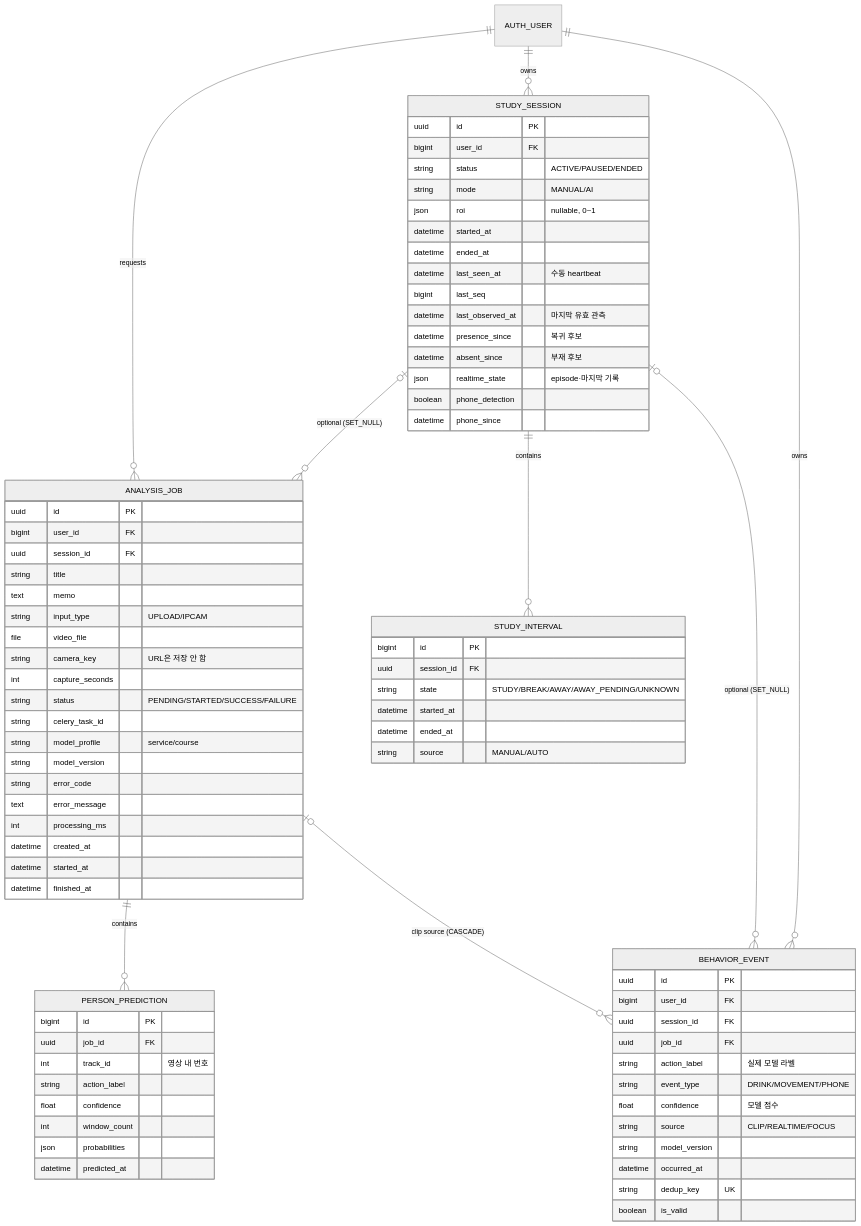
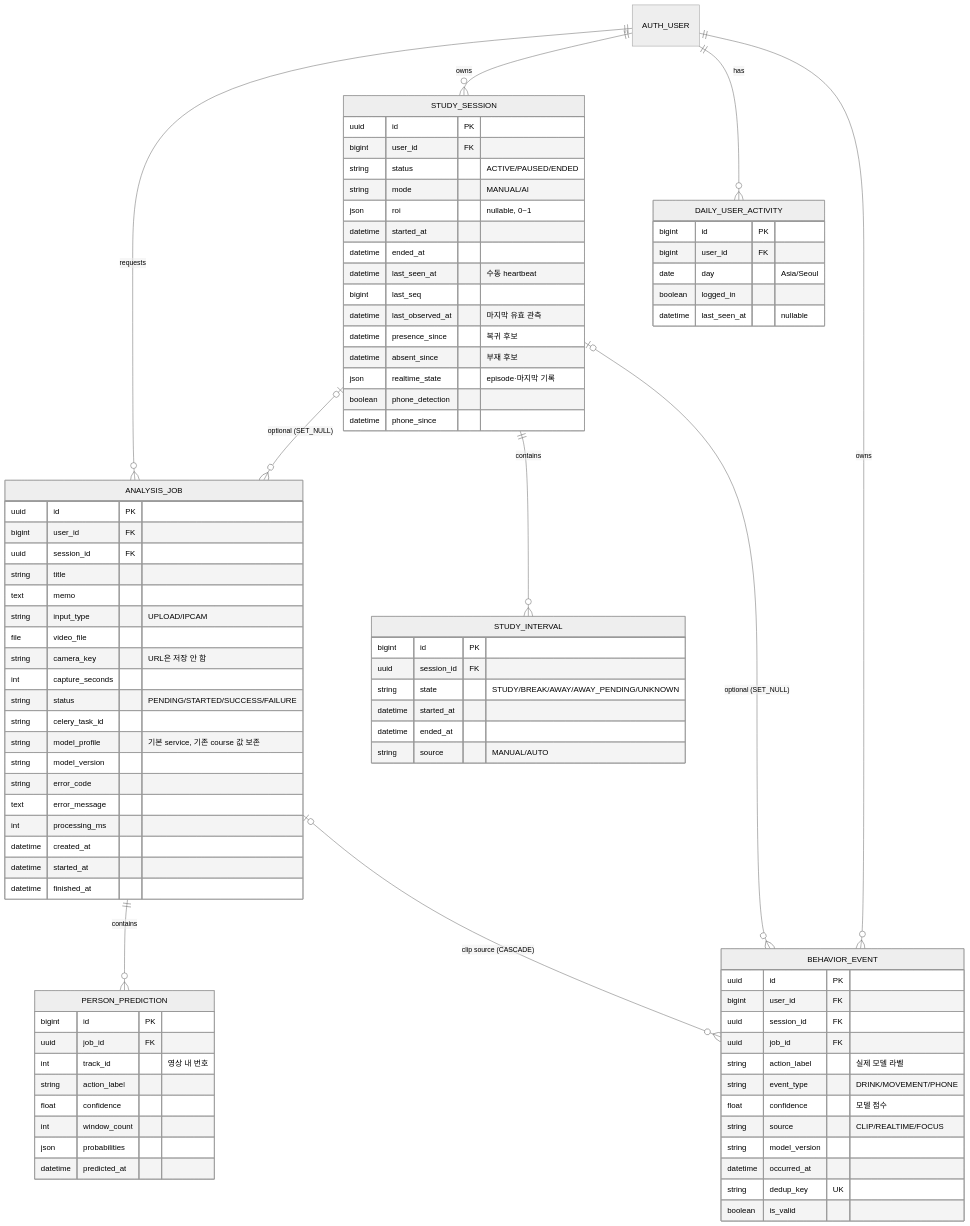
One commit to HanaPark-lab/desk-habit-coach changed the diagram in docs/ERD.md. Above: the diagram before and after it, drawn with Mermaid (neutral theme). The commit also changed other lines of this file and 21 other files, not shown here.

Commit message:
docs: update project documentation and architecture diagrams

```diff
--- a/docs/ERD.md
+++ b/docs/ERD.md
@@ -4,11 +4,19 @@
  AUTH_USER ||--o{ ANALYSIS_JOB : requests
  ANALYSIS_JOB ||--o{ PERSON_PREDICTION : contains
  AUTH_USER ||--o{ STUDY_SESSION : owns
+ AUTH_USER ||--o{ DAILY_USER_ACTIVITY : has
  STUDY_SESSION o|--o{ ANALYSIS_JOB : "optional (SET_NULL)"
  STUDY_SESSION ||--o{ STUDY_INTERVAL : contains
  AUTH_USER ||--o{ BEHAVIOR_EVENT : owns
  STUDY_SESSION o|--o{ BEHAVIOR_EVENT : "optional (SET_NULL)"
  ANALYSIS_JOB o|--o{ BEHAVIOR_EVENT : "clip source (CASCADE)"
+ DAILY_USER_ACTIVITY {
+ bigint id PK
+ bigint user_id FK
+ date day "Asia/Seoul"
+ boolean logged_in
+ datetime last_seen_at "nullable"
+ }
  STUDY_SESSION {
  uuid id PK
  bigint user_id FK
@@ -60,7 +68,7 @@
  int capture_seconds
  string status "PENDING/STARTED/SUCCESS/FAILURE"
  string celery_task_id
- string model_profile "service/course"
+ string model_profile "기본 service, 기존 course 값 보존"
  string model_version
  string error_code
  text error_message
```
